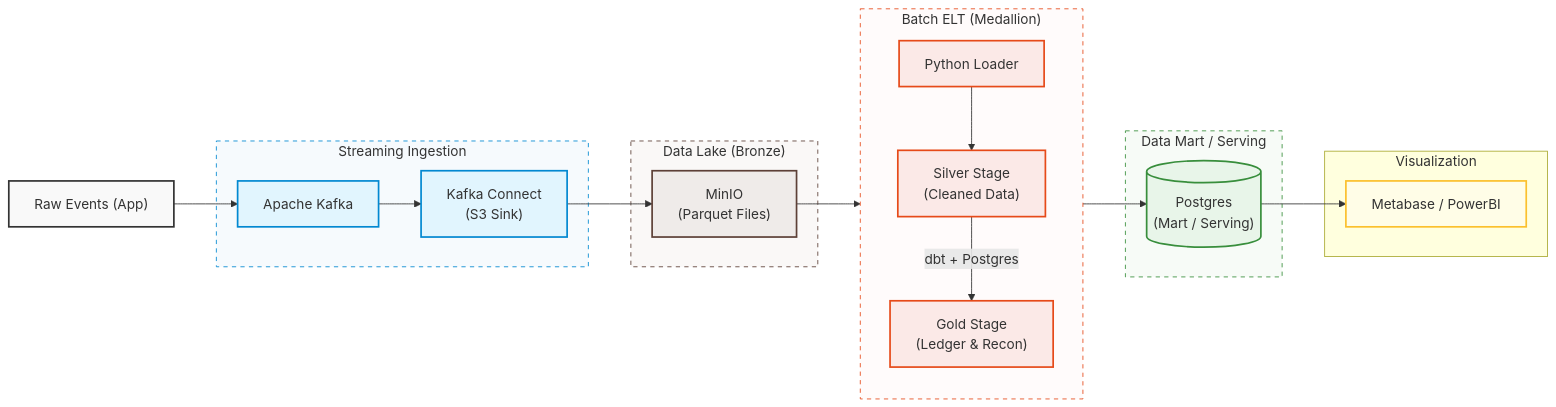
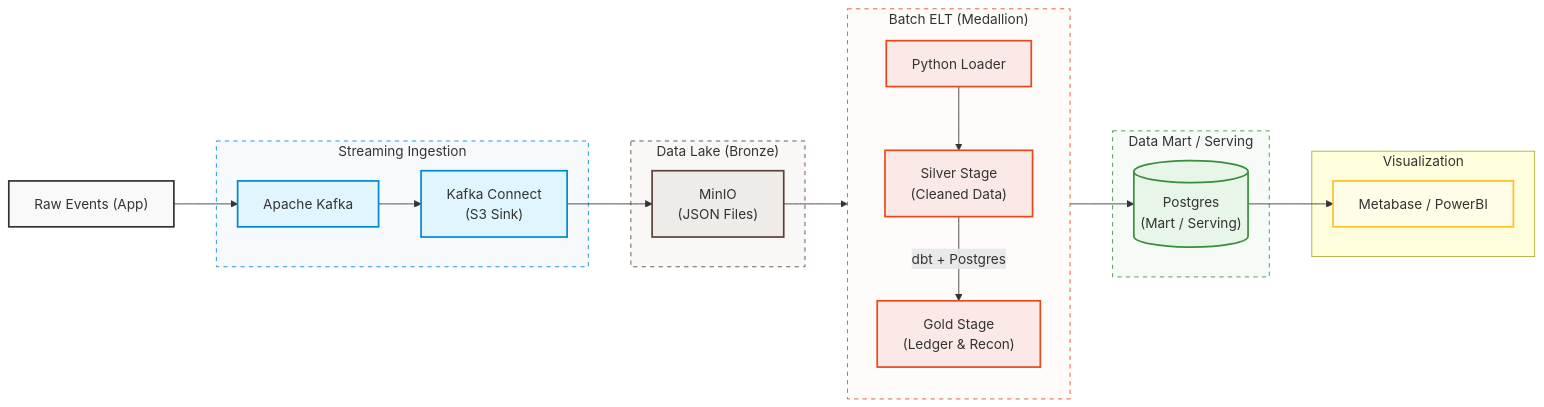
One commit to Litaaya/DataPlatform_DigitalWallet changed the diagram in README.md. Above: the diagram before and after it, drawn with Mermaid.

Commit message:
[DOCS] Config README.md detail

````diff
--- a/README.md
+++ b/README.md
@@ -11,50 +11,50 @@
 ```mermaid
 graph LR
     classDef appStyle fill:#f9f9f9,stroke:#333,stroke-width:2px;
     classDef streamingStyle fill:#e1f5fe,stroke:#0288d1,stroke-width:2px;
     classDef storageStyle fill:#efebe9,stroke:#5d4037,stroke-width:2px;
     classDef dbtStyle fill:#fbe9e7,stroke:#e64a19,stroke-width:2px;
     classDef dbStyle fill:#e8f5e9,stroke:#388e3c,stroke-width:2px;
     classDef biStyle fill:#fffde7,stroke:#fbc02d,stroke-width:2px;
 
     App["Raw Events (App)"]:::appStyle
     
     subgraph Streaming_Layer ["Streaming Ingestion"]
         Kafka["Apache Kafka"]:::streamingStyle
         KConnect["Kafka Connect <br> (S3 Sink)"]:::streamingStyle
     end
 
     subgraph Storage_Layer ["Data Lake (Bronze)"]
-        MinIO["MinIO <br> (Parquet Files)"]:::storageStyle
+        MinIO["MinIO <br> (JSON Files)"]:::storageStyle
     end
 
     subgraph Transformation_Layer ["Batch ELT (Medallion)"]
         direction TB
         Loader["Python Loader"]:::dbtStyle
         Silver["Silver Stage <br> (Cleaned Data)"]:::dbtStyle
         Gold["Gold Stage <br> (Ledger & Recon)"]:::dbtStyle
         
         Loader --> Silver
         Silver -->|dbt + Postgres| Gold
     end
 
     subgraph Serving_Layer ["Data Mart / Serving"]
         Postgres[("Postgres <br> (Mart / Serving)")]:::dbStyle
     end
 
     subgraph BI_Layer ["Visualization"]
         BI["Metabase / PowerBI"]:::biStyle
     end
 
     App --> Kafka
     Kafka --> KConnect
     KConnect --> MinIO
     MinIO --> Loader
     Gold --> Postgres
     Postgres --> BI
 
     style Streaming_Layer fill:#f6fafd,stroke:#0288d1,stroke-dasharray: 5 5
     style Storage_Layer fill:#faf8f7,stroke:#5d4037,stroke-dasharray: 5 5
     style Transformation_Layer fill:#fffbfb,stroke:#e64a19,stroke-dasharray: 5 5
     style Serving_Layer fill:#f7fbf7,stroke:#388e3c,stroke-dasharray: 5 5
 ```
````
